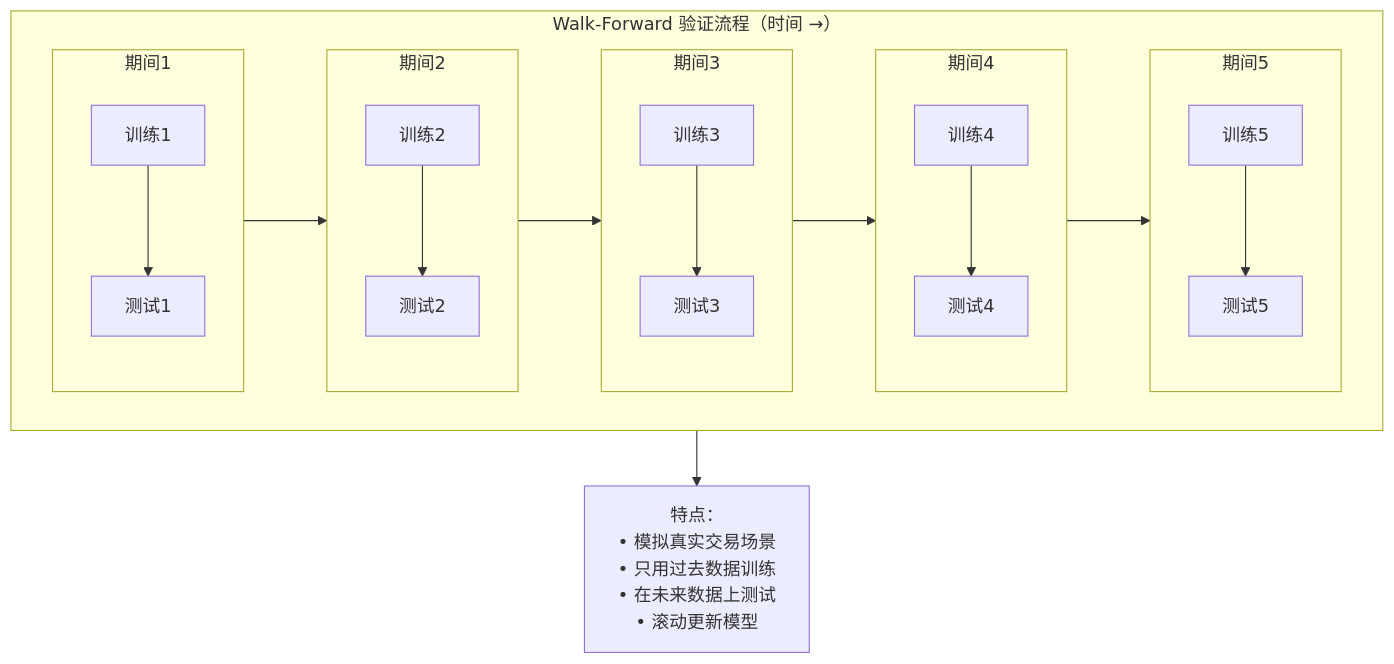
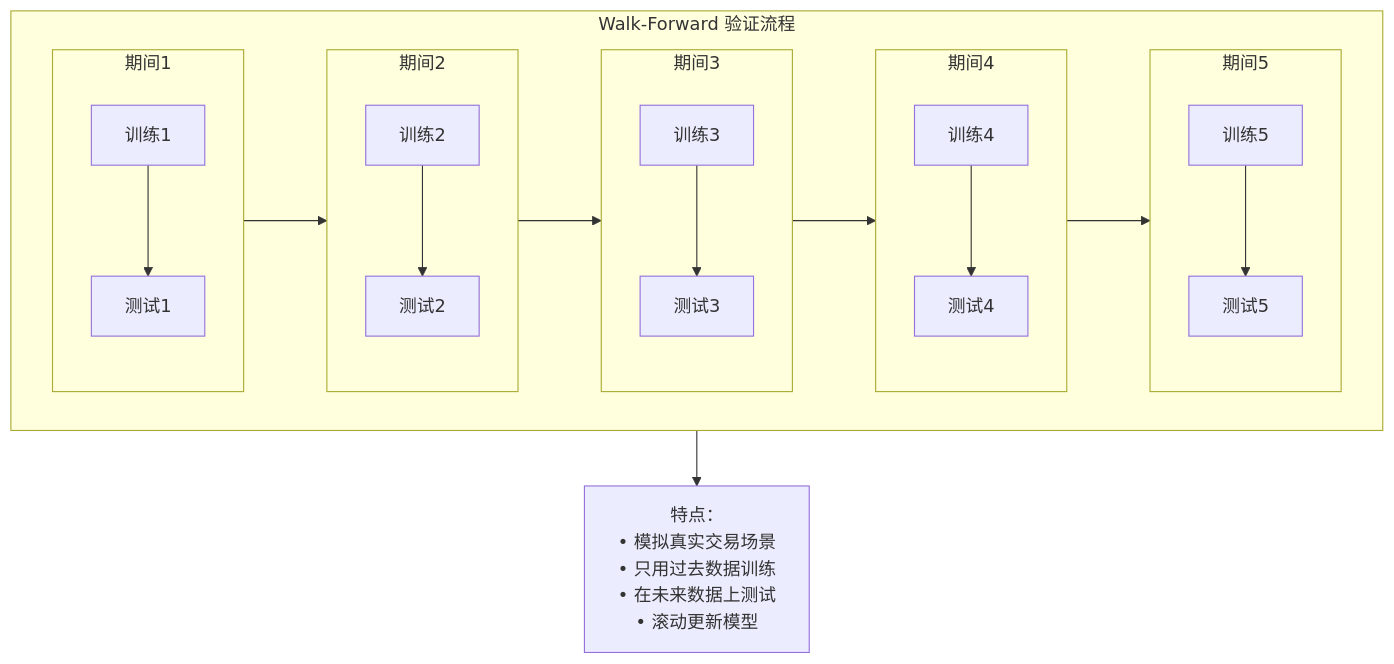
The sixth of 11 diagrams in content/articles/quant/quant-07-机器学习量化实战.md (jpixy/jpixy.github.io), drawn with Mermaid before and after one commit. The commit also changed other lines of this file and 66 other files, not shown here.

Commit message:
fix: resolve Mermaid syntax errors by removing parentheses in node labels

````diff
--- a/content/articles/quant/quant-07-机器学习量化实战.md
+++ b/content/articles/quant/quant-07-机器学习量化实战.md
@@ -338,22 +338,22 @@
 ```mermaid
 graph TB
-    subgraph WF["Walk-Forward 验证流程（时间 →）"]
+    subgraph WF["Walk-Forward 验证流程"]
         subgraph P1["期间1"]
             T1["训练1"] --> Test1["测试1"]
         end
         subgraph P2["期间2"]
             T2["训练2"] --> Test2["测试2"]
         end
         subgraph P3["期间3"]
             T3["训练3"] --> Test3["测试3"]
         end
         subgraph P4["期间4"]
             T4["训练4"] --> Test4["测试4"]
         end
         subgraph P5["期间5"]
             T5["训练5"] --> Test5["测试5"]
         end
     end
     P1 --> P2 --> P3 --> P4 --> P5
     WF --> 特点["特点：<br/>• 模拟真实交易场景<br/>• 只用过去数据训练<br/>• 在未来数据上测试<br/>• 滚动更新模型"]
 ```
````
